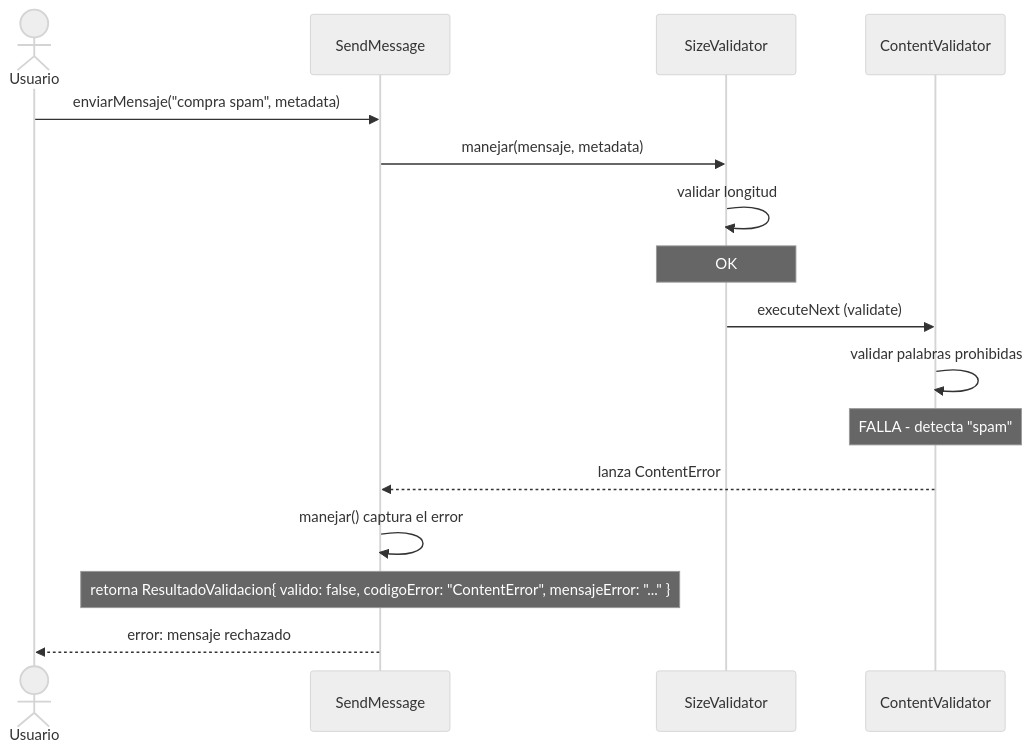
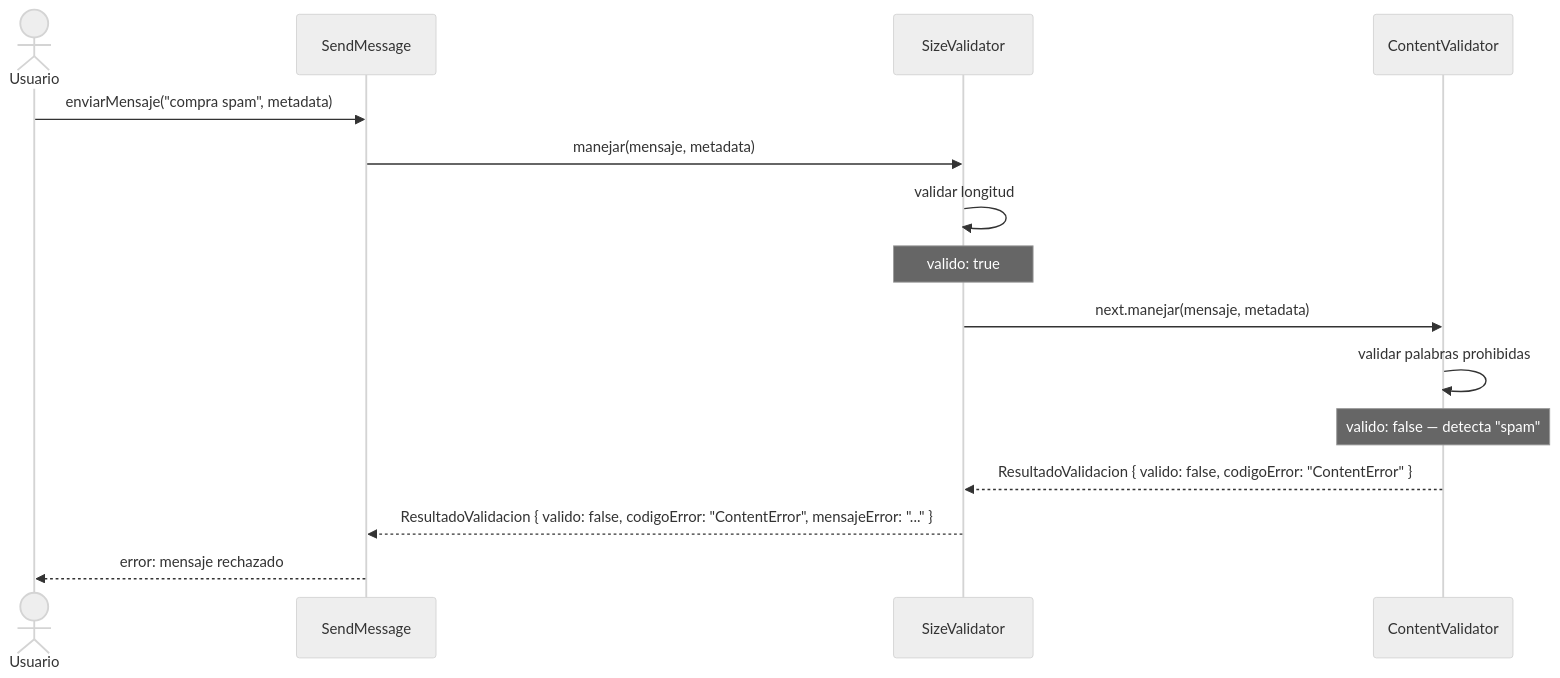
One commit to Cgomez2107/UniConnect changed the third of 3 diagrams in backend/shared/patterns/chain/message/README.md. Above: the diagram before and after it, drawn with Mermaid (neutral theme). The commit also changed other lines of this file and 14 other files, not shown here.

Commit message:
refactor(chain): unify manejar() flow, hide handlers behind setSiguiente(this), and propagate contenidoModificado

````diff
--- a/backend/shared/patterns/chain/message/README.md
+++ b/backend/shared/patterns/chain/message/README.md
@@ -106,23 +106,21 @@
 ```mermaid
 sequenceDiagram
     actor Usuario
     participant Cliente as SendMessage
     participant SZ as SizeValidator
     participant CV as ContentValidator
 
     Usuario->>Cliente: enviarMensaje("compra spam", metadata)
     Cliente->>SZ: manejar(mensaje, metadata)
 
     SZ->>SZ: validar longitud
-    Note over SZ: OK
-    SZ->>CV: executeNext (validate)
+    Note over SZ: valido: true
+    SZ->>CV: next.manejar(mensaje, metadata)
 
     CV->>CV: validar palabras prohibidas
-    Note over CV: FALLA - detecta "spam"
-    CV-->>Cliente: lanza ContentError
-
-    Cliente->>Cliente: manejar() captura el error
-    Note over Cliente: retorna ResultadoValidacion{ valido: false, codigoError: "ContentError", mensajeError: "..." }
+    Note over CV: valido: false — detecta "spam"
+    CV-->>SZ: ResultadoValidacion { valido: false, codigoError: "ContentError" }
+    SZ-->>Cliente: ResultadoValidacion { valido: false, codigoError: "ContentError", mensajeError: "..." }
 
     Cliente-->>Usuario: error: mensaje rechazado
 ```
````
